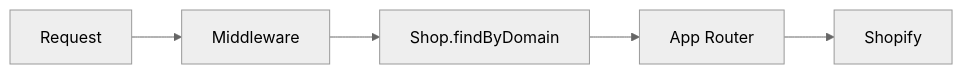
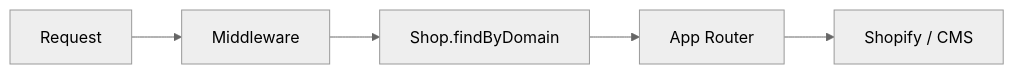
Before and after one commit to filiphsps/commerce: the diagram in apps/docs/content/get-started/architecture.mdx, drawn with Mermaid (neutral theme). The commit also changed other lines of this file and 17 other files, not shown here.

````diff
--- a/apps/docs/content/get-started/architecture.mdx
+++ b/apps/docs/content/get-started/architecture.mdx
@@ -9,7 +12,7 @@
 ```mermaid
 flowchart LR
     A[Request] --> B[Middleware]
     B --> C[Shop.findByDomain]
     C --> D[App Router]
-    D --> E[Shopify]
+    D --> E[Shopify / CMS]
 ```
````
